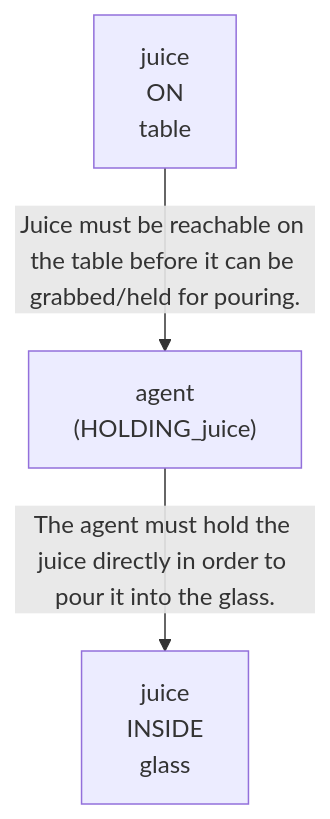
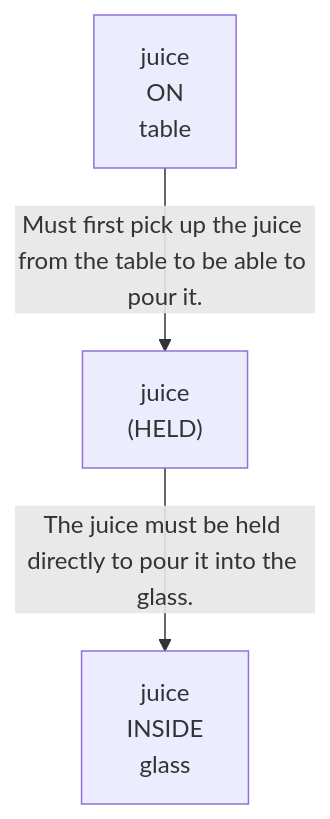
The first of 4 diagrams in evaluation/results/table1/robostate/dynamic/low/M1_02/run_T1_DYN_M1_02_low.md (scuama/virtualhome), drawn with Mermaid before and after one commit. The commit also changed other lines of this file and 133 other files, not shown here.

````diff
--- a/evaluation/results/table1/robostate/dynamic/low/M1_02/run_T1_DYN_M1_02_low.md
+++ b/evaluation/results/table1/robostate/dynamic/low/M1_02/run_T1_DYN_M1_02_low.md
@@ -72,8 +72,8 @@
 ```mermaid
 graph TD
     N1["juice<br>ON<br>table"]
-    N2["agent<br>(HOLDING_juice)"]
+    N2["juice<br>(HELD)"]
     N3["juice<br>INSIDE<br>glass"]
-    N1 -->|"Juice must be reachable on the table before it can be grabbed/held for pouring."| N2
-    N2 -->|"The agent must hold the juice directly in order to pour it into the glass."| N3
+    N1 -->|"Must first pick up the juice from the table to be able to pour it."| N2
+    N2 -->|"The juice must be held directly to pour it into the glass."| N3
 ```
````
